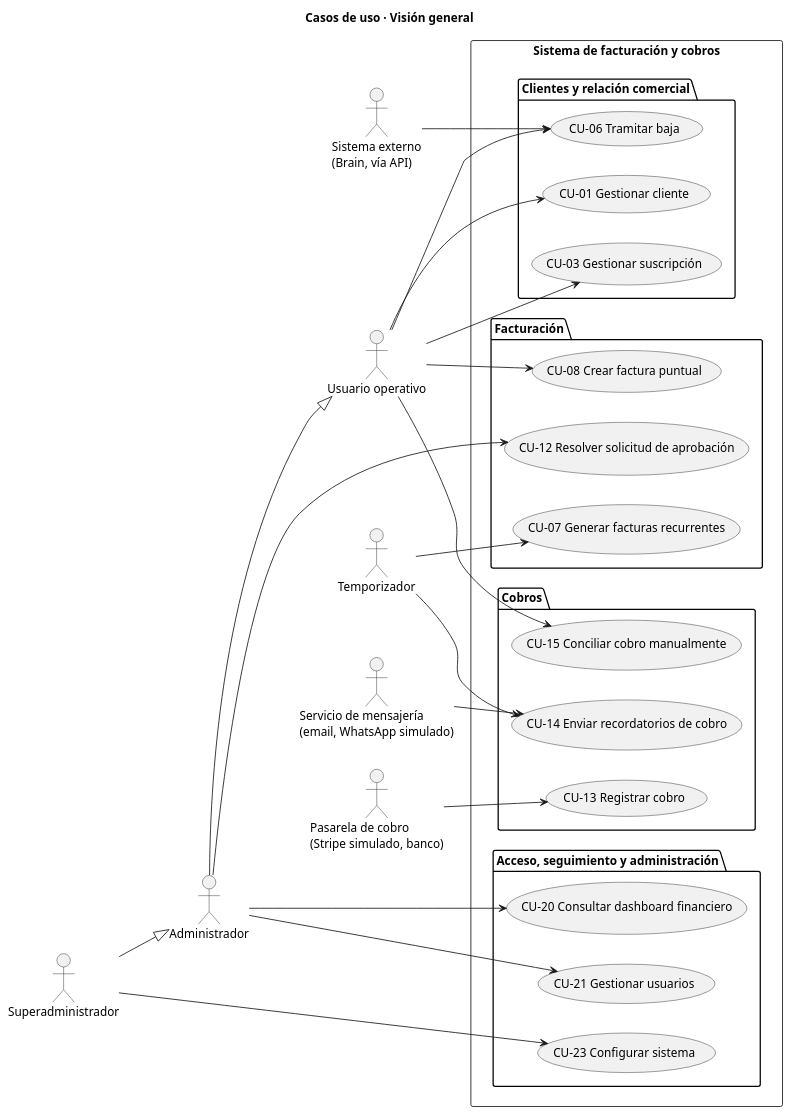
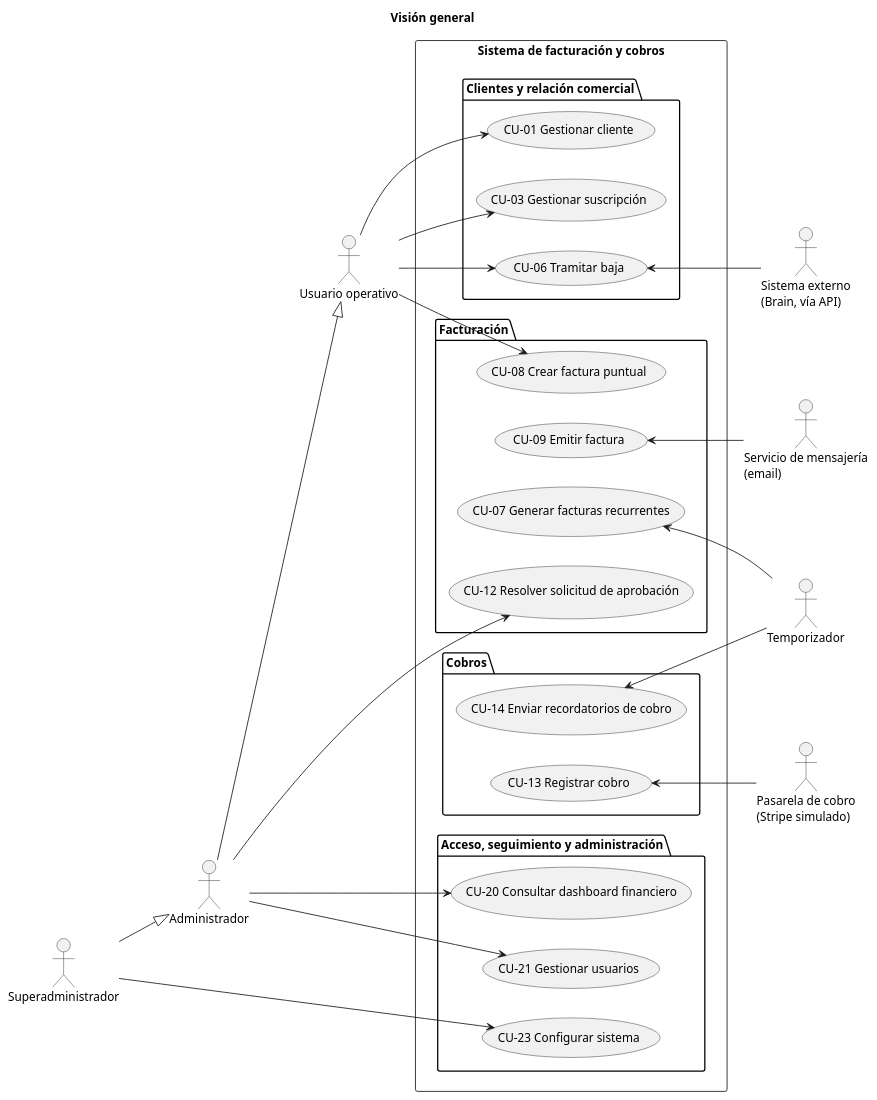
The diagram in Casos_De_Uso/diagrama_general_casos_de_uso.puml (shadow-251/Trabajo-ADAP), drawn with PlantUML before and after one commit. The commit also changed 2 other files, not shown here.

Commit message:
Editar diagrama general y especificacion

```diff
--- a/Casos_De_Uso/diagrama_general_casos_de_uso.puml
+++ b/Casos_De_Uso/diagrama_general_casos_de_uso.puml
@@ -1,55 +1,54 @@
 @startuml diagrama_general_casos_de_uso
-title Casos de uso · Visión general
+title Visión general
 
 left to right direction
 
-actor "Servicio de mensajería\n(email, WhatsApp simulado)" as MSG
+actor "Pasarela de cobro\n(Stripe simulado)" as PAS
+actor "Usuario operativo" as UO
 actor "Sistema externo\n(Brain, vía API)" as EXT
+actor "Servicio de mensajería\n(email)" as MSG
 actor "Administrador" as ADM
 actor "Temporizador" as TMP
-actor "Usuario operativo" as UO
-actor "Pasarela de cobro\n(Stripe simulado, banco)" as PAS
 actor "Superadministrador" as SA
 
 ADM --|> UO
 SA --|> ADM
 
 rectangle "Sistema de facturación y cobros" {
   package "Clientes y relación comercial" {
     usecase "CU-01 Gestionar cliente" as CU01
+    usecase "CU-03 Gestionar suscripción" as CU03
     usecase "CU-06 Tramitar baja" as CU06
-    usecase "CU-03 Gestionar suscripción" as CU03
   }
   package "Facturación" {
+    usecase "CU-12 Resolver solicitud de aprobación" as CU12
+    usecase "CU-07 Generar facturas recurrentes" as CU07
+    usecase "CU-09 Emitir factura" as CU09
     usecase "CU-08 Crear factura puntual" as CU08
-    usecase "CU-07 Generar facturas recurrentes" as CU07
-    usecase "CU-12 Resolver solicitud de aprobación" as CU12
   }
   package "Cobros" {
+    usecase "CU-14 Enviar recordatorios de cobro" as CU14
     usecase "CU-13 Registrar cobro" as CU13
-    usecase "CU-14 Enviar recordatorios de cobro" as CU14
-    usecase "CU-15 Conciliar cobro manualmente" as CU15
   }
   package "Acceso, seguimiento y administración" {
-    usecase "CU-23 Configurar sistema" as CU23
     usecase "CU-21 Gestionar usuarios" as CU21
     usecase "CU-20 Consultar dashboard financiero" as CU20
+    usecase "CU-23 Configurar sistema" as CU23
   }
 }
 
-TMP --> CU07
+ADM --> CU20
+ADM --> CU21
+UO --> CU08
 SA --> CU23
-UO --> CU08
 ADM --> CU12
-ADM --> CU20
-MSG --> CU14
-EXT --> CU06
+CU07 <-- TMP
+UO --> CU03
+CU13 <-- PAS
+UO --> CU01
+CU09 <-- MSG
+CU06 <-- EXT
 UO --> CU06
-UO --> CU01
-ADM --> CU21
-UO --> CU15
-TMP --> CU14
-UO --> CU03
-PAS --> CU13
+CU14 <-- TMP
 
 @enduml
```
